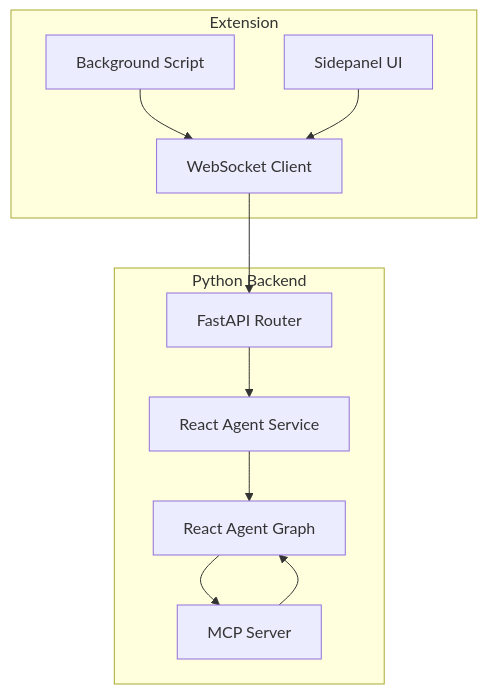
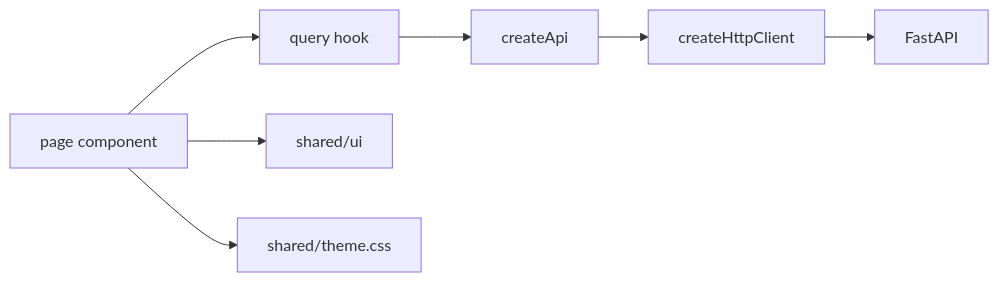
Before and after one commit to tashifkhan/tashif.codes: the third of 5 diagrams in src/data/docs/agentic-browser/Development Guidelines.md, drawn with Mermaid. The commit also changed other lines of this file and 114 other files, not shown here.

````diff
--- a/src/data/docs/agentic-browser/Development Guidelines.md
+++ b/src/data/docs/agentic-browser/Development Guidelines.md
@@ -61,21 +126,9 @@
 ```mermaid
-graph TB
-subgraph "Extension"
-BG["Background Script"]
-SIDE["Sidepanel UI"]
-WS["WebSocket Client"]
-end
-subgraph "Python Backend"
-API["FastAPI Router"]
-SVC["React Agent Service"]
-AGENT["React Agent Graph"]
-MCP["MCP Server"]
-end
-BG --> WS
-SIDE --> WS
-WS --> API
-API --> SVC
-SVC --> AGENT
-AGENT --> MCP
-MCP --> AGENT
+graph LR
+  Page["page component"] --> Hook["query hook"]
+  Hook --> Api["createApi"]
+  Api --> Http["createHttpClient"]
+  Http --> Backend["FastAPI"]
+  Page --> UI["shared/ui"]
+  Page --> Theme["shared/theme.css"]
 ```
````
